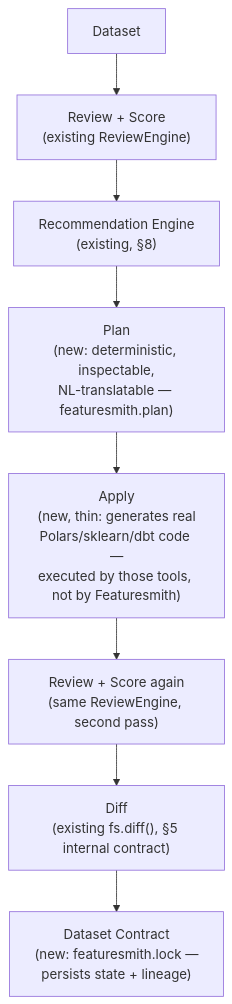
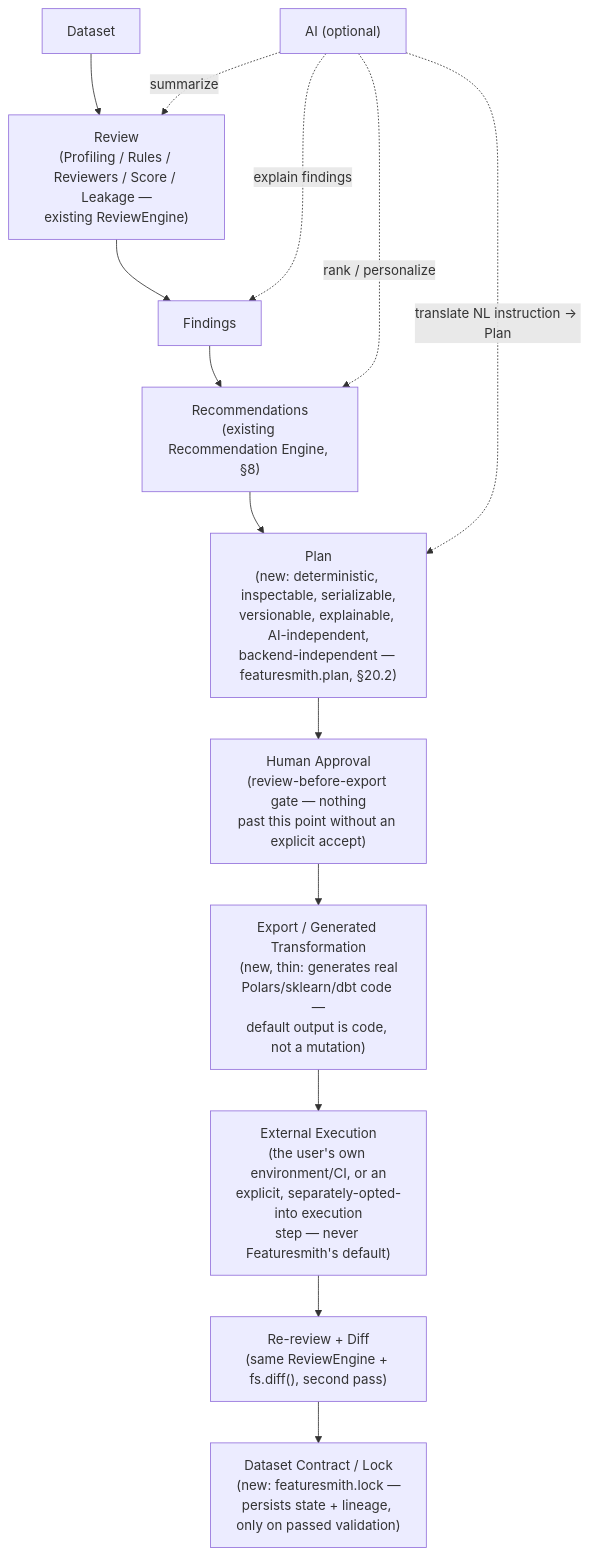
One commit to adityagangwani30/FeatureSmith changed the sixth of 6 diagrams in docs/Architecture.md. Above: the diagram before and after it, drawn with Mermaid. The commit also changed other lines of this file and 15 other files, not shown here.

````diff
--- a/docs/Architecture.md
+++ b/docs/Architecture.md
@@ -319,10 +334,17 @@
 ```mermaid
 flowchart TB
-    A["Dataset"] --> B["Review + Score\n(existing ReviewEngine)"]
-    B --> C["Recommendation Engine\n(existing, §8)"]
-    C --> D["Plan\n(new: deterministic, inspectable,\nNL-translatable — featuresmith.plan)"]
-    D --> E["Apply\n(new, thin: generates real\nPolars/sklearn/dbt code —\nexecuted by those tools, not by Featuresmith)"]
-    E --> F["Review + Score again\n(same ReviewEngine, second pass)"]
-    F --> G["Diff\n(existing fs.diff(), §5 internal contract)"]
-    G --> H["Dataset Contract\n(new: featuresmith.lock —\npersists state + lineage)"]
+    A["Dataset"] --> B["Review\n(Profiling / Rules / Reviewers / Score / Leakage —\nexisting ReviewEngine)"]
+    B --> C["Findings"]
+    C --> D["Recommendations\n(existing Recommendation Engine, §8)"]
+    D --> E["Plan\n(new: deterministic, inspectable, serializable,\nversionable, explainable, AI-independent,\nbackend-independent — featuresmith.plan, §20.2)"]
+    E --> F["Human Approval\n(review-before-export gate — nothing\npast this point without an explicit accept)"]
+    F --> G["Export / Generated Transformation\n(new, thin: generates real\nPolars/sklearn/dbt code —\ndefault output is code, not a mutation)"]
+    G --> H["External Execution\n(the user's own environment/CI, or an\nexplicit, separately-opted-into execution\nstep — never Featuresmith's default)"]
+    H --> I["Re-review + Diff\n(same ReviewEngine + fs.diff(), second pass)"]
+    I --> J["Dataset Contract / Lock\n(new: featuresmith.lock —\npersists state + lineage, only on passed validation)"]
+
+    K["AI (optional)"] -.->|"explain findings"| C
+    K -.->|"summarize"| B
+    K -.->|"rank / personalize"| D
+    K -.->|"translate NL instruction → Plan"| E
 ```
````
